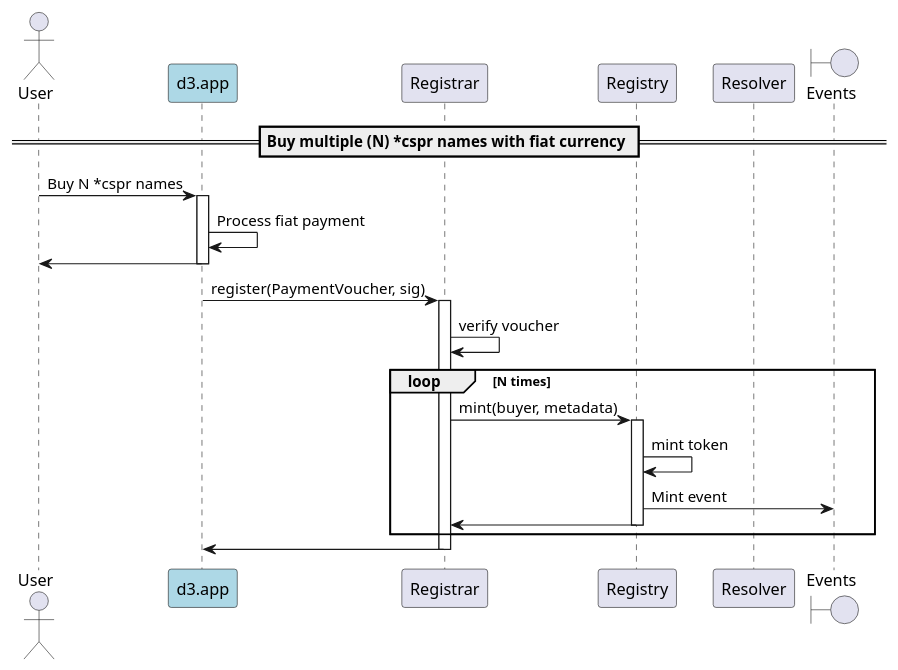
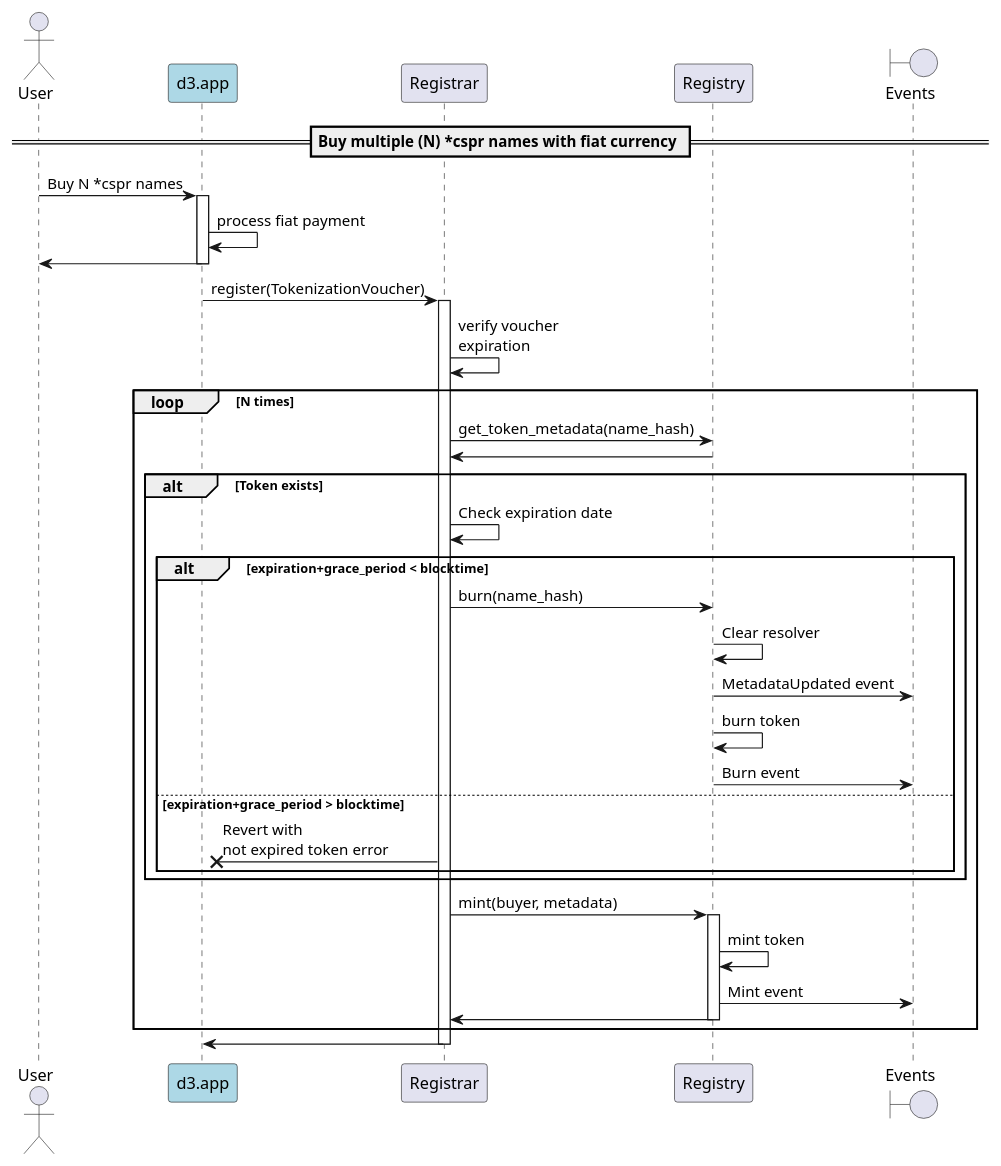
One commit to make-software/cspr-name-contracts changed the diagram in docs/sequence-diagrams/puml/offchain-multiple-purchase.puml. Above: the diagram before and after it, drawn with PlantUML. The commit also changed 32 other files, not shown here.

```diff
--- a/docs/sequence-diagrams/puml/offchain-multiple-purchase.puml
+++ b/docs/sequence-diagrams/puml/offchain-multiple-purchase.puml
@@ -1,35 +1,48 @@
 @startuml
 'https://plantuml.com/sequence-diagram
 
 'autonumber
 actor User
 participant "d3.app" as d3 #lightblue
 participant "Registrar"
 participant "Registry"
-participant "Resolver"
 boundary "Events"
 
 == Buy multiple (N) *cspr names with fiat currency ==
 
 User -> d3: Buy N *cspr names
 activate d3
-d3 -> d3: Process fiat payment
+d3 -> d3: process fiat payment
 d3 -> User
 deactivate d3
 
-d3 -> Registrar: register(PaymentVoucher, sig)
+d3 -> Registrar: register(TokenizationVoucher)
 activate Registrar
-Registrar -> Registrar: verify voucher
+Registrar -> Registrar: verify voucher\nexpiration
     loop N times
+    Registrar -> Registry: get_token_metadata(name_hash)
+    Registry -> Registrar
+        alt Token exists
+            Registrar -> Registrar: Check expiration date
+            alt expiration+grace_period < blocktime
+                Registrar -> Registry: burn(name_hash)
+                Registry -> Registry: Clear resolver
+                Registry -> "Events": MetadataUpdated event
+                Registry -> Registry: burn token
+                Registry -> "Events": Burn event
+            else expiration+grace_period > blocktime
+                Registrar ->x d3: Revert with\nnot expired token error
+            end
+        end
         Registrar -> Registry: mint(buyer, metadata)
         activate Registry
         Registry -> Registry: mint token
         Registry -> "Events": Mint event
         Registry -> Registrar
         deactivate Registry
     end loop
 Registrar -> d3
 deactivate Registrar
 deactivate d3
 
 @enduml
```
